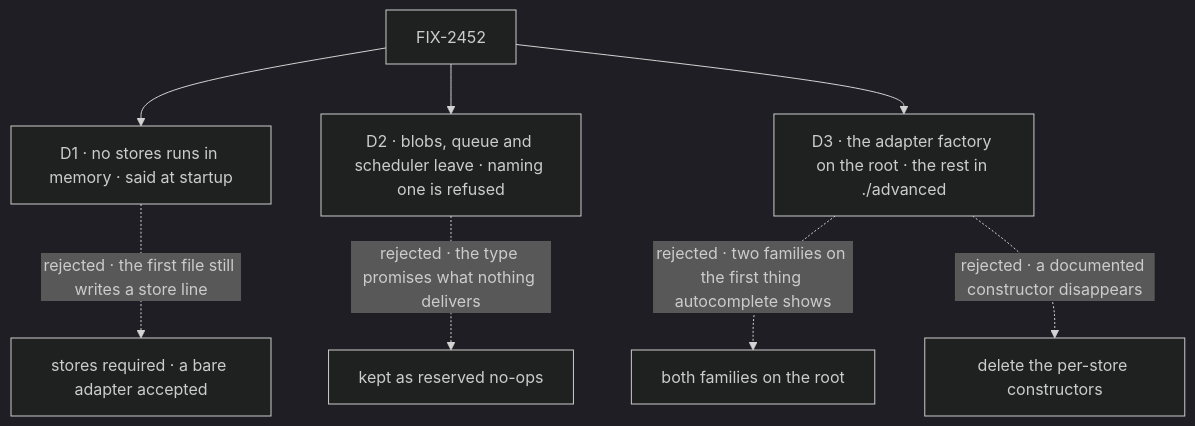
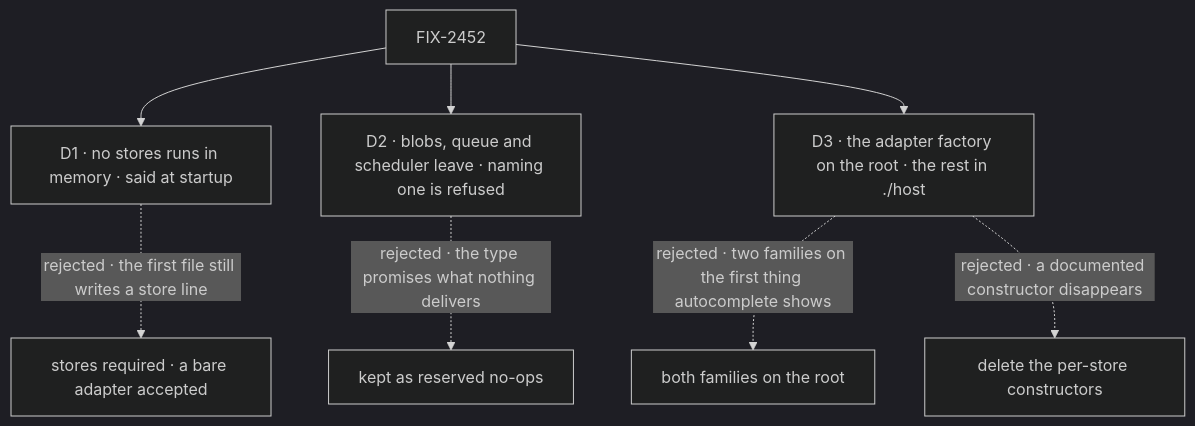
Before and after one commit to fixpoint-labs/flow-state-dev: the diagram in specs/issues/FIX-2452/DECISIONS.md, drawn with Mermaid (dark theme). The commit also changed other lines of this file and 5 other files, not shown here.

````diff
--- a/specs/issues/FIX-2452/DECISIONS.md
+++ b/specs/issues/FIX-2452/DECISIONS.md
@@ -10,10 +10,10 @@
 ```mermaid
 flowchart TD
   I["FIX-2452"] --> D1["D1 · no stores runs in memory · said at startup"]
   D1 -.->|"rejected · the first file still writes a store line"| X1["stores required · a bare adapter accepted"]
   I --> D2["D2 · blobs, queue and scheduler leave · naming one is refused"]
   D2 -.->|"rejected · the type promises what nothing delivers"| X2["kept as reserved no-ops"]
-  I --> D3["D3 · the adapter factory on the root · the rest in ./advanced"]
+  I --> D3["D3 · the adapter factory on the root · the rest in ./host"]
   D3 -.->|"rejected · two families on the first thing autocomplete shows"| X3["both families on the root"]
   D3 -.->|"rejected · a documented constructor disappears"| X4["delete the per-store constructors"]
 ```
````
